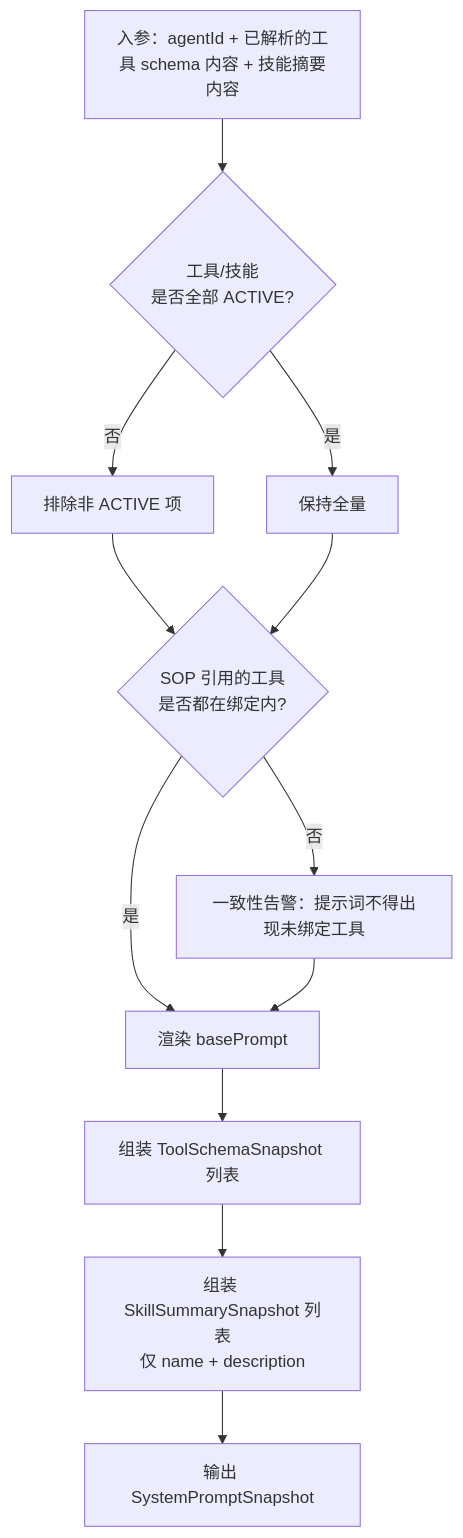
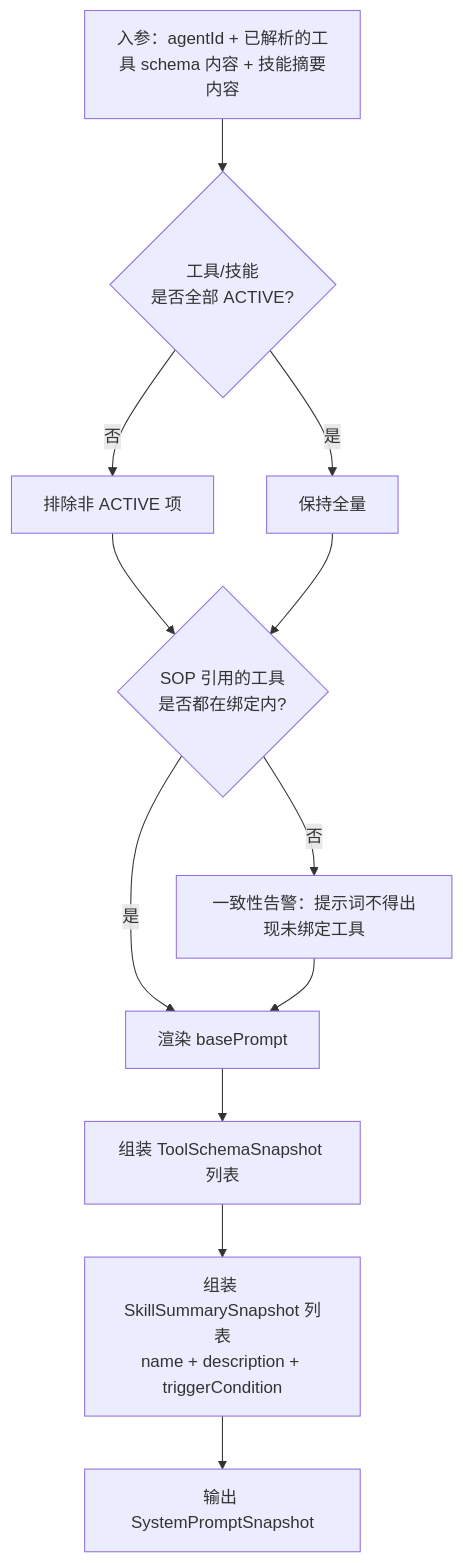
The fourth of 6 diagrams in model/模块-感知.md (zcd0831/Jellyfish-Docs), drawn with Mermaid before and after one commit. The commit also changed other lines of this file and 16 other files, not shown here.

````diff
--- a/model/模块-感知.md
+++ b/model/模块-感知.md
@@ -429,14 +443,14 @@
 ```mermaid
 flowchart TD
     A[入参：agentId + 已解析的工具 schema 内容 + 技能摘要内容] --> B{工具/技能<br/>是否全部 ACTIVE?}
     B -- 否 --> C[排除非 ACTIVE 项]
     B -- 是 --> D[保持全量]
     C --> E{SOP 引用的工具<br/>是否都在绑定内?}
     D --> E
     E -- 否 --> F[一致性告警：提示词不得出现未绑定工具]
     E -- 是 --> G[渲染 basePrompt]
     F --> G
     G --> H[组装 ToolSchemaSnapshot 列表]
-    H --> I[组装 SkillSummarySnapshot 列表<br/>仅 name + description]
+    H --> I[组装 SkillSummarySnapshot 列表<br/>name + description + triggerCondition]
     I --> J[输出 SystemPromptSnapshot]
 ```
````
